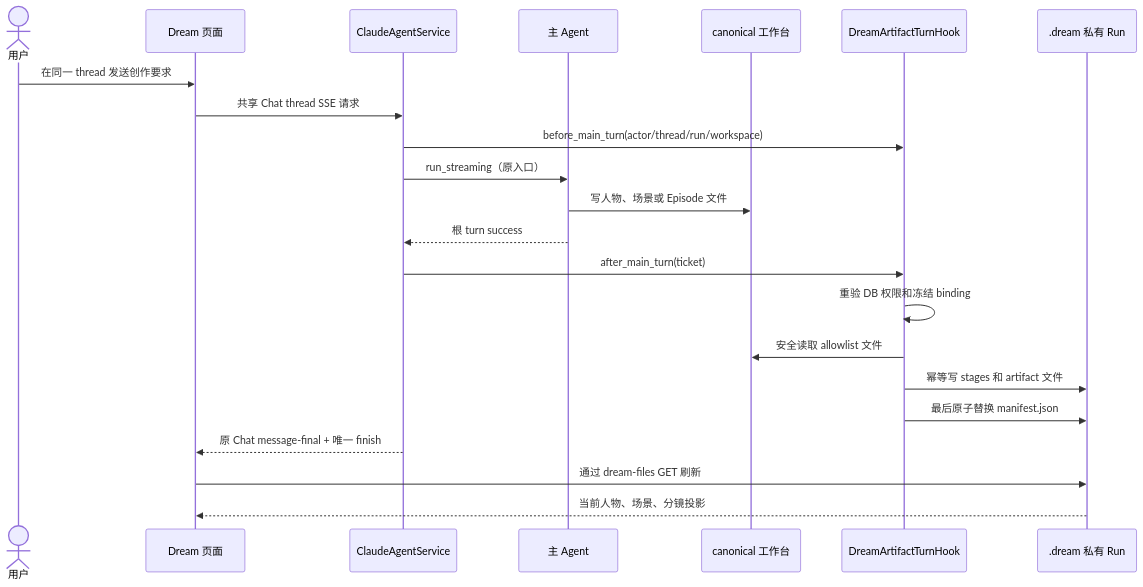
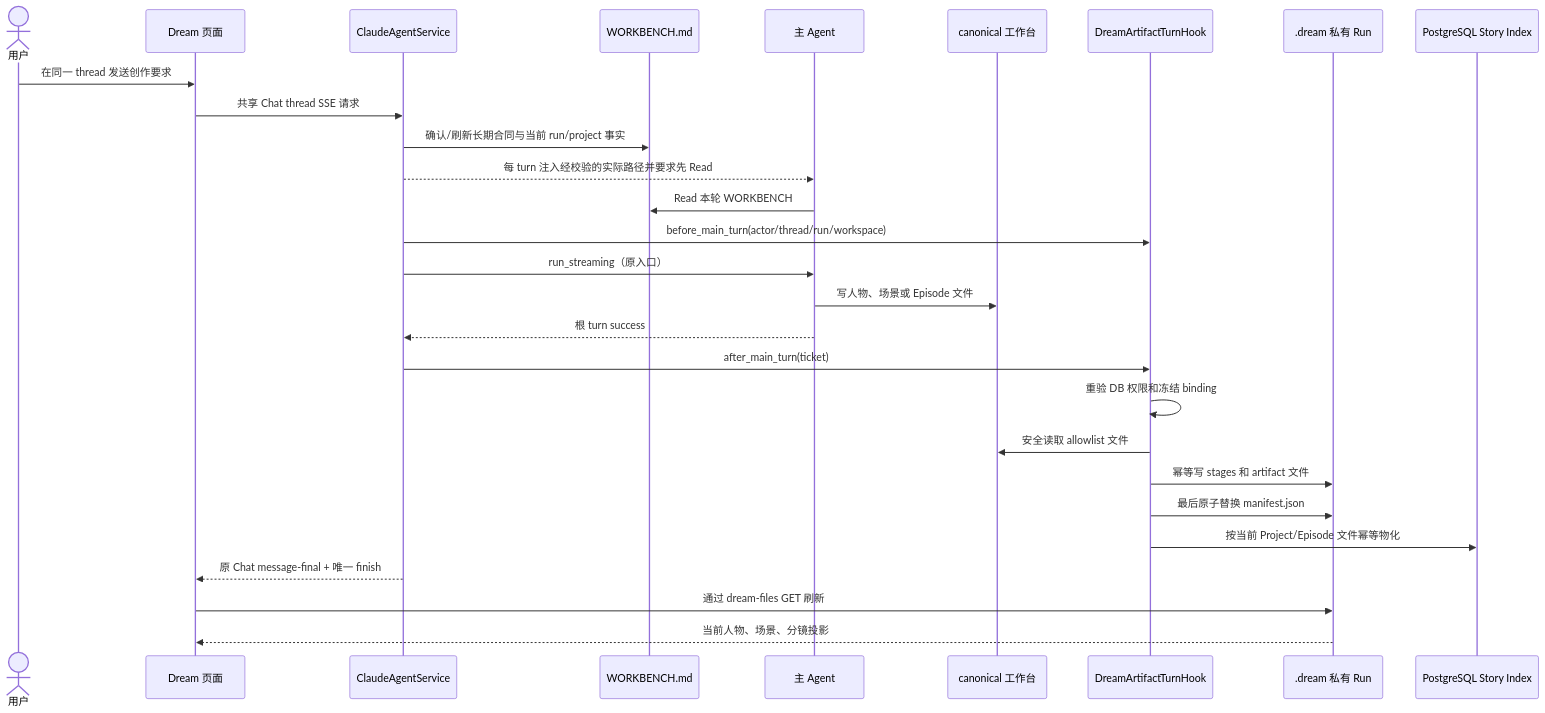
Before and after one commit to glide-the/im-dream: the first of 4 diagrams in docs/design/dream-agent/deck-output-sync-design.md, drawn with Mermaid. The commit also changed other lines of this file and 57 other files, not shown here.

````diff
--- a/docs/design/dream-agent/deck-output-sync-design.md
+++ b/docs/design/dream-agent/deck-output-sync-design.md
@@ -95,25 +121,31 @@
 ```mermaid
 sequenceDiagram
     actor U as 用户
     participant D as Dream 页面
     participant S as ClaudeAgentService
+    participant X as WORKBENCH.md
     participant A as 主 Agent
     participant W as canonical 工作台
     participant H as DreamArtifactTurnHook
     participant P as .dream 私有 Run
+    participant I as PostgreSQL Story Index
 
     U->>D: 在同一 thread 发送创作要求
     D->>S: 共享 Chat thread SSE 请求
+    S->>X: 确认/刷新长期合同与当前 run/project 事实
+    S-->>A: 每 turn 注入经校验的实际路径并要求先 Read
+    A->>X: Read 本轮 WORKBENCH
     S->>H: before_main_turn(actor/thread/run/workspace)
     S->>A: run_streaming（原入口）
     A->>W: 写人物、场景或 Episode 文件
     A-->>S: 根 turn success
     S->>H: after_main_turn(ticket)
     H->>H: 重验 DB 权限和冻结 binding
     H->>W: 安全读取 allowlist 文件
     H->>P: 幂等写 stages 和 artifact 文件
     H->>P: 最后原子替换 manifest.json
+    H->>I: 按当前 Project/Episode 文件幂等物化
     S-->>D: 原 Chat message-final + 唯一 finish
     D->>P: 通过 dream-files GET 刷新
     P-->>D: 当前人物、场景、分镜投影
 ```
````
